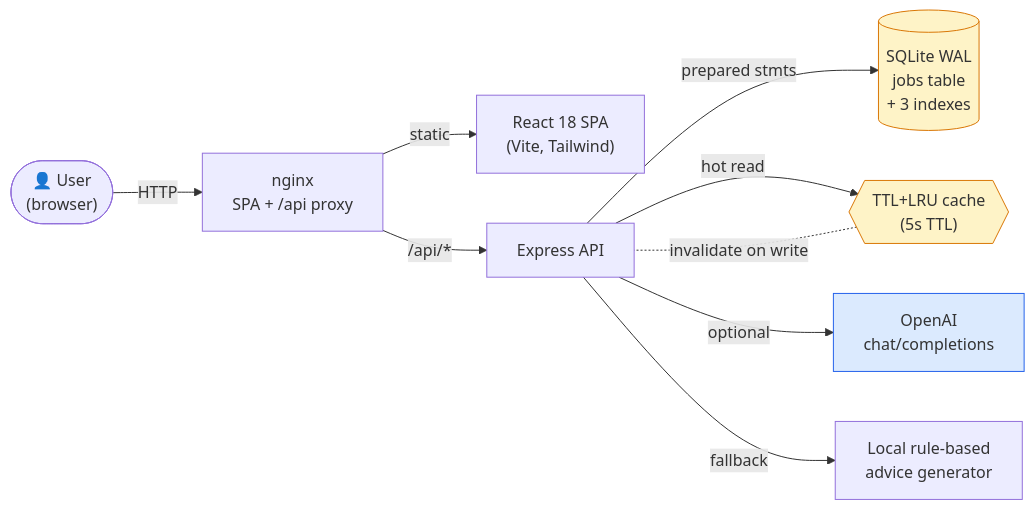
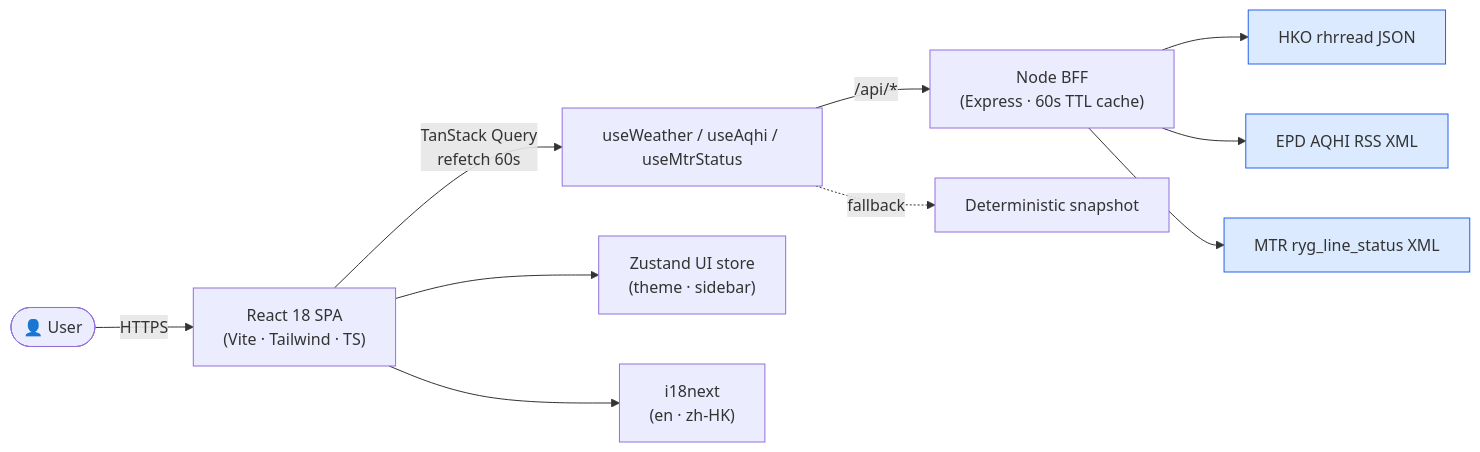
One commit to zane-dot/project2 changed the diagram in README.md. Above: the diagram before and after it, drawn with Mermaid. The commit also changed other lines of this file and 65 other files, not shown here.

````diff
--- a/README.md
+++ b/README.md
@@ -38,16 +45,14 @@
 ```mermaid
 flowchart LR
-    user(["👤 User<br/>(browser)"]) -->|HTTP| nginx["nginx<br/>SPA + /api proxy"]
-    nginx -->|static| spa["React 18 SPA<br/>(Vite, Tailwind)"]
-    nginx -->|/api/*| api["Express API"]
-    api -->|prepared stmts| sqlite[("SQLite WAL<br/>jobs table<br/>+ 3 indexes")]
-    api -->|hot read| cache{{"TTL+LRU cache<br/>(5s TTL)"}}
-    cache -.invalidate on write.- api
-    api -->|optional| openai["OpenAI<br/>chat/completions"]
-    api -->|fallback| local["Local rule-based<br/>advice generator"]
-
-    classDef store fill:#fef3c7,stroke:#d97706;
+    user(["👤 User"]) -->|HTTPS| spa["React 18 SPA<br/>(Vite · Tailwind · TS)"]
+    spa -->|TanStack Query<br/>refetch 60s| hooks["useWeather / useAqhi / useMtrStatus"]
+    hooks -->|/api/*| bff["Node BFF<br/>(Express · 60s TTL cache)"]
+    bff --> hko["HKO rhrread JSON"]
+    bff --> epd["EPD AQHI RSS XML"]
+    bff --> mtr["MTR ryg_line_status XML"]
+    hooks -.fallback.-> mock["Deterministic snapshot"]
+    spa --> store["Zustand UI store<br/>(theme · sidebar)"]
+    spa --> i18n["i18next<br/>(en · zh-HK)"]
     classDef ext fill:#dbeafe,stroke:#2563eb;
-    class sqlite,cache store;
-    class openai ext;
+    class hko,epd,mtr ext;
 ```
````
